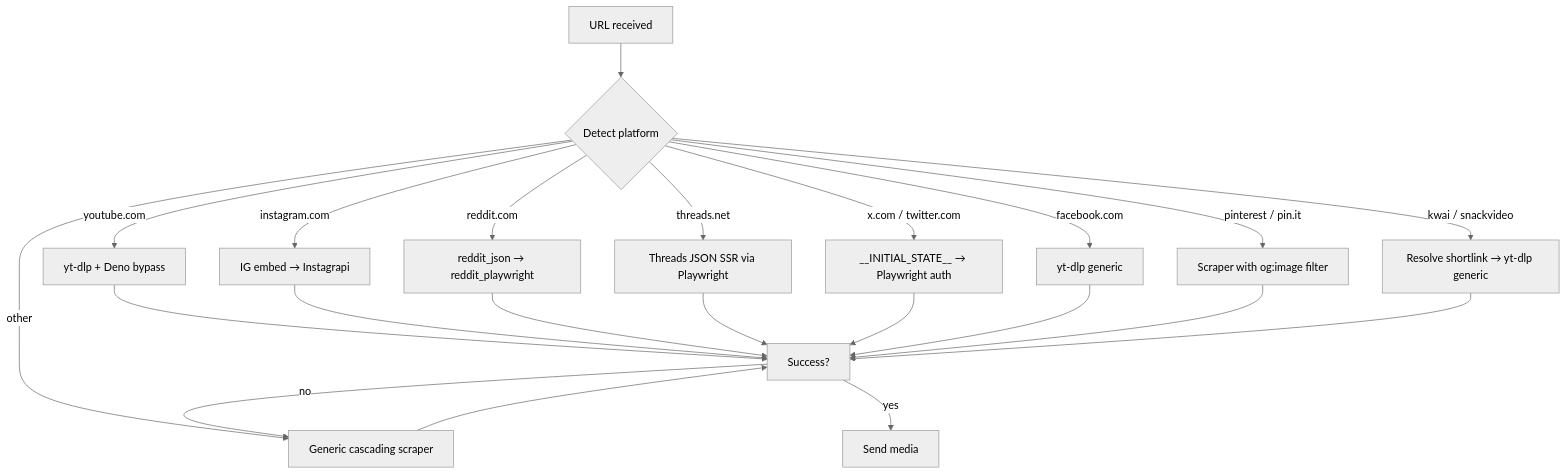
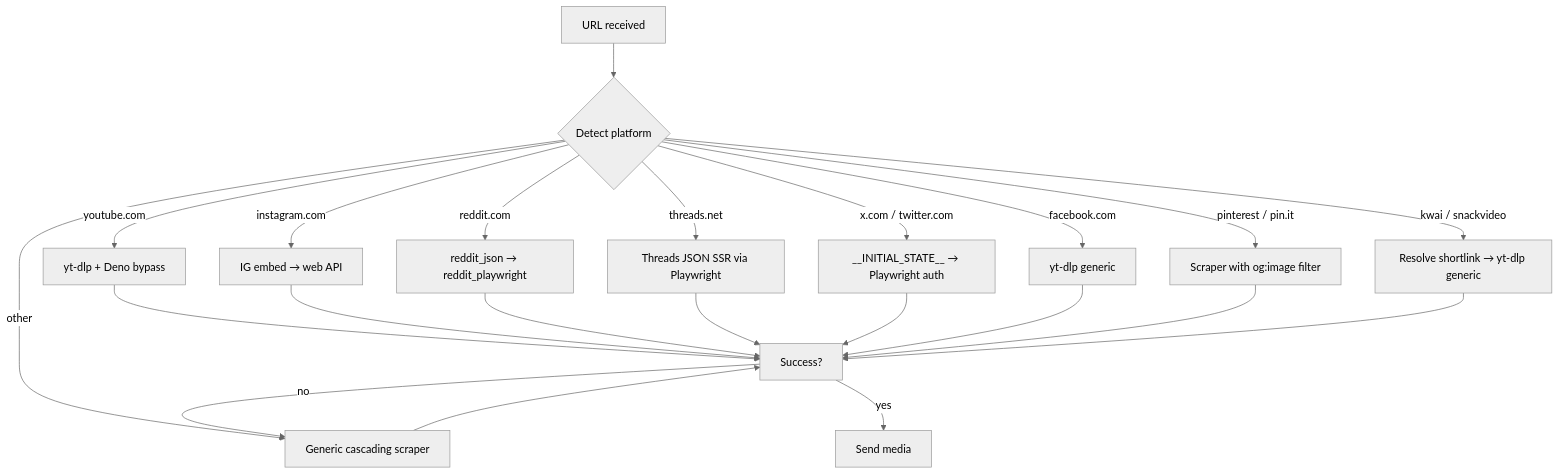
Before and after one commit to lordaztur/mediaraven: the diagram in docs/en/platforms/index.md, drawn with Mermaid (neutral theme). The commit also changed 31 other files, not shown here.

First line of the commit message:
:fire: remove o instagrapi: Instagram só pela API web com a sessão do Firefox

````diff
--- a/docs/en/platforms/index.md
+++ b/docs/en/platforms/index.md
@@ -7,24 +7,24 @@
 ```mermaid
 flowchart TD
     A[URL received] --> B{Detect platform}
     B -->|youtube.com| YT[yt-dlp + Deno bypass]
-    B -->|instagram.com| IG[IG embed → Instagrapi]
+    B -->|instagram.com| IG[IG embed → web API]
     B -->|reddit.com| RD[reddit_json → reddit_playwright]
     B -->|threads.net| TH[Threads JSON SSR via Playwright]
     B -->|x.com / twitter.com| X[__INITIAL_STATE__ → Playwright auth]
     B -->|facebook.com| FB[yt-dlp generic]
     B -->|pinterest / pin.it| PIN[Scraper with og:image filter]
     B -->|kwai / snackvideo| KW[Resolve shortlink → yt-dlp generic]
     B -->|other| SC[Generic cascading scraper]
     YT --> S[Success?]
     IG --> S
     RD --> S
     TH --> S
     X --> S
     FB --> S
     PIN --> S
     KW --> S
     SC --> S
     S -->|no| SC
     S -->|yes| OK[Send media]
 ```
````
